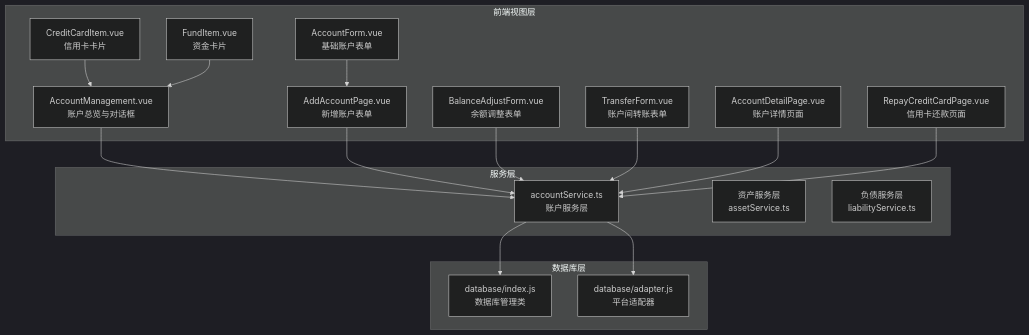
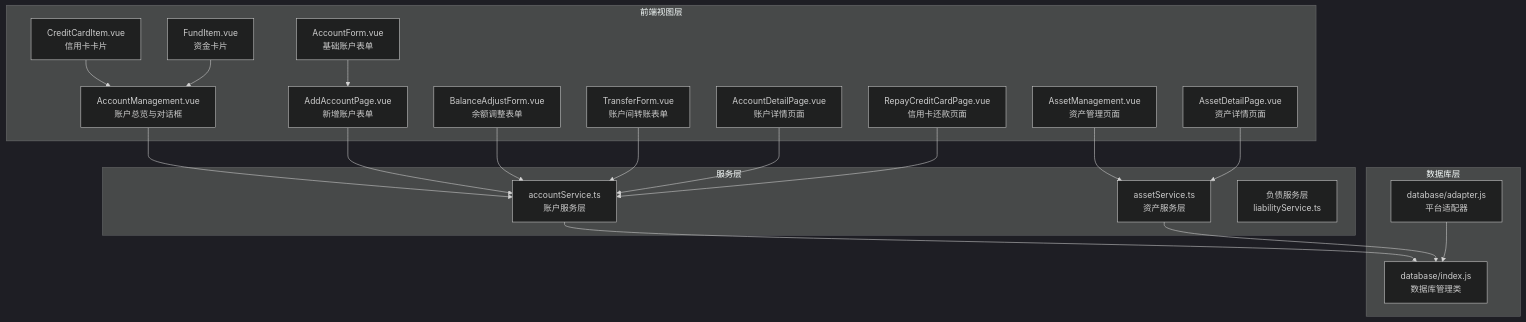
One commit to xiao-lin-unit/yuan changed the first of 12 diagrams in .qoder/repowiki/zh/content/账户管理/账户管理.md. Above: the diagram before and after it, drawn with Mermaid (dark theme). The commit also changed other lines of this file and 17 other files, not shown here.

````diff
--- a/.qoder/repowiki/zh/content/账户管理/账户管理.md
+++ b/.qoder/repowiki/zh/content/账户管理/账户管理.md
@@ -51,34 +58,39 @@
 ```mermaid
 graph TB
 subgraph "前端视图层"
 A["AccountManagement.vue<br/>账户总览与对话框"]
 B["AddAccountPage.vue<br/>新增账户表单"]
 C["AccountForm.vue<br/>基础账户表单"]
 D["BalanceAdjustForm.vue<br/>余额调整表单"]
 E["TransferForm.vue<br/>账户间转账表单"]
 F["CreditCardItem.vue<br/>信用卡卡片"]
 G["FundItem.vue<br/>资金卡片"]
 H["AccountDetailPage.vue<br/>账户详情页面"]
 I["RepayCreditCardPage.vue<br/>信用卡还款页面"]
+J["AssetManagement.vue<br/>资产管理页面"]
+K["AssetDetailPage.vue<br/>资产详情页面"]
 end
 subgraph "服务层"
-J["accountService.ts<br/>账户服务层"]
-K["资产服务层<br/>assetService.ts"]
-L["负债服务层<br/>liabilityService.ts"]
+L["accountService.ts<br/>账户服务层"]
+M["assetService.ts<br/>资产服务层"]
+N["负债服务层<br/>liabilityService.ts"]
 end
 subgraph "数据库层"
-M["database/index.js<br/>数据库管理类"]
-N["database/adapter.js<br/>平台适配器"]
+O["database/index.js<br/>数据库管理类"]
+P["database/adapter.js<br/>平台适配器"]
 end
-A --> J
-B --> J
+A --> L
+B --> L
 C --> B
-D --> J
-E --> J
+D --> L
+E --> L
 F --> A
 G --> A
-H --> J
-I --> J
+H --> L
+I --> L
 J --> M
-J --> N
+K --> M
+L --> O
+M --> O
+P --> O
 ```
````
